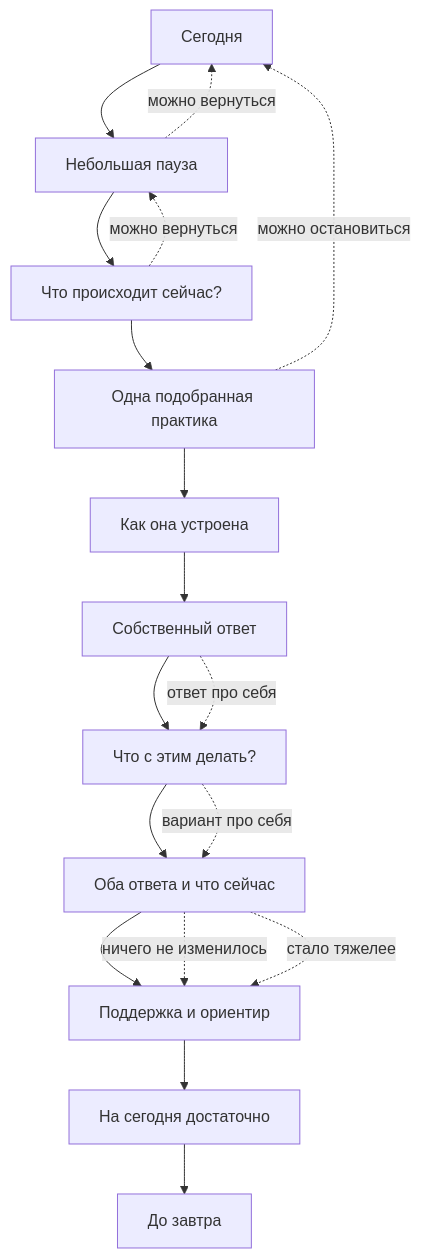
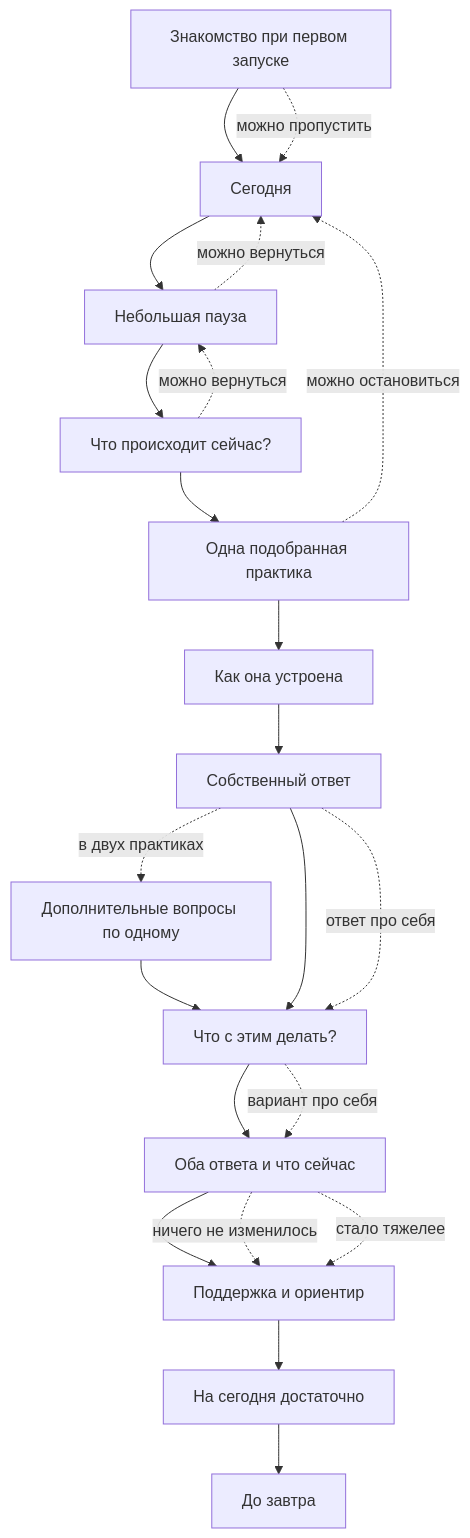
Before and after one commit to anisimoffm-ship-it/opora-daily-practice: the diagram in docs/product-redesign-daily-ritual.md, drawn with Mermaid. The commit also changed other lines of this file and 11 other files, not shown here.

Commit message:
feat: expand onboarding and cognitive practice flows

````diff
--- a/docs/product-redesign-daily-ritual.md
+++ b/docs/product-redesign-daily-ritual.md
@@ -59,21 +61,25 @@
 ```mermaid
 flowchart TD
+    O[Знакомство при первом запуске] --> A
     A[Сегодня] --> B[Небольшая пауза]
     B --> C[Что происходит сейчас?]
     C --> D[Одна подобранная практика]
     D --> E[Как она устроена]
     E --> F[Собственный ответ]
-    F --> G[Что с этим делать?]
+    F -. в двух практиках .-> F2[Дополнительные вопросы по одному]
+    F2 --> G[Что с этим делать?]
+    F --> G
     G --> H[Оба ответа и что сейчас]
     H --> I[Поддержка и ориентир]
     I --> J[На сегодня достаточно]
     J --> K[До завтра]
 
     B -. можно вернуться .-> A
     C -. можно вернуться .-> B
     D -. можно остановиться .-> A
     F -. ответ про себя .-> G
     G -. вариант про себя .-> H
     H -. ничего не изменилось .-> I
     H -. стало тяжелее .-> I
+    O -. можно пропустить .-> A
 ```
````
